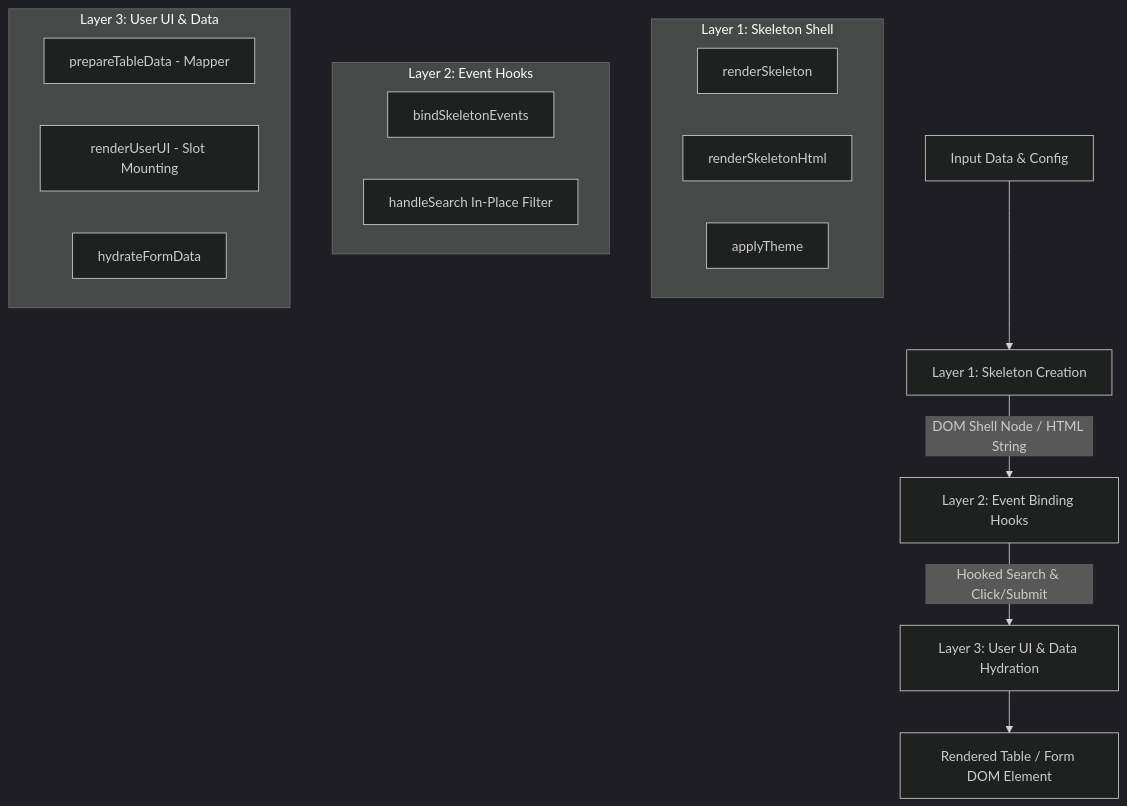
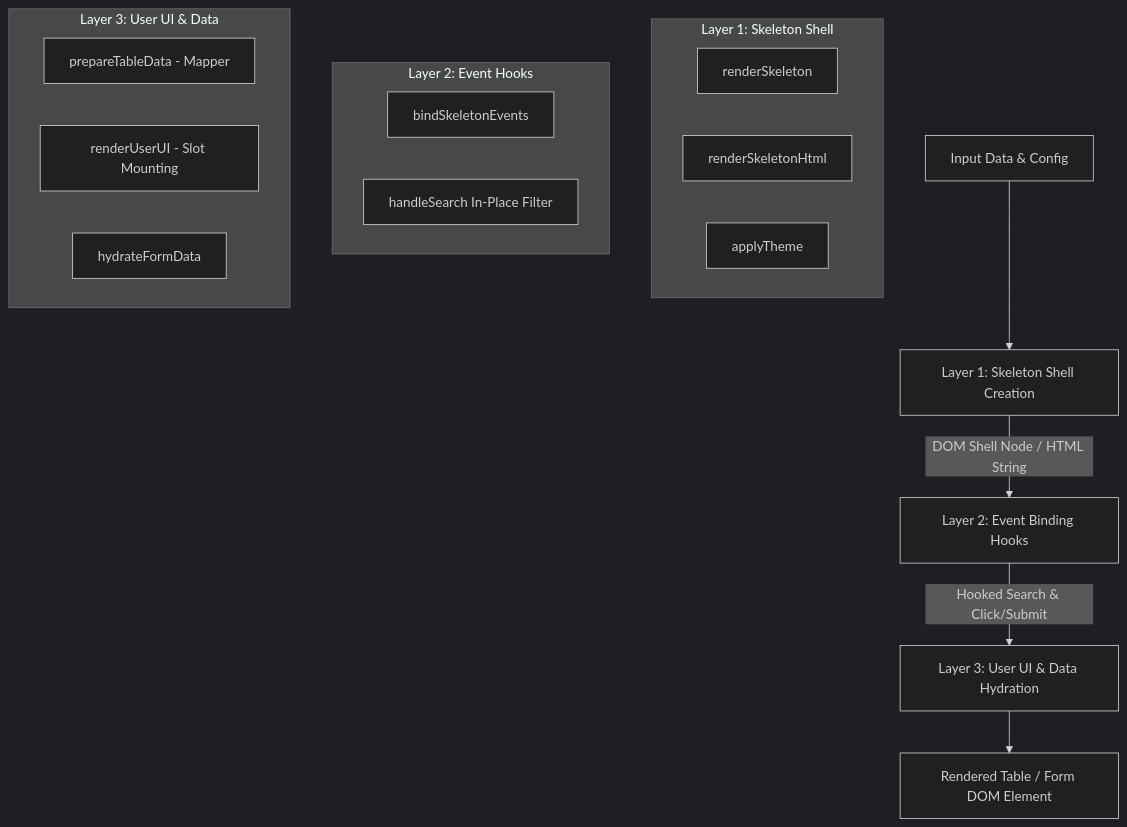
One commit to keshavsoft/ks-table-builder-from-json changed the diagram in README.md. Above: the diagram before and after it, drawn with Mermaid (dark theme). The commit also changed other lines of this file and 56 other files, not shown here.

````diff
--- a/README.md
+++ b/README.md
@@ -28,24 +45,24 @@
 ```mermaid
 flowchart TD
-    A[Input Data & Config] --> B[Layer 1: Skeleton Creation]
+    A[Input Data & Config] --> B[Layer 1: Skeleton Shell Creation]
     B -->|DOM Shell Node / HTML String| C[Layer 2: Event Binding Hooks]
     C -->|Hooked Search & Click/Submit| D[Layer 3: User UI & Data Hydration]
     D --> E[Rendered Table / Form DOM Element]
 
     subgraph Layer 1: Skeleton Shell
         B1[renderSkeleton]
         B2[renderSkeletonHtml]
         B3[applyTheme]
     end
 
     subgraph Layer 2: Event Hooks
         C1[bindSkeletonEvents]
         C2[handleSearch In-Place Filter]
     end
 
     subgraph Layer 3: User UI & Data
         D1[prepareTableData - Mapper]
         D2[renderUserUI - Slot Mounting]
         D3[hydrateFormData]
     end
 ```
````
